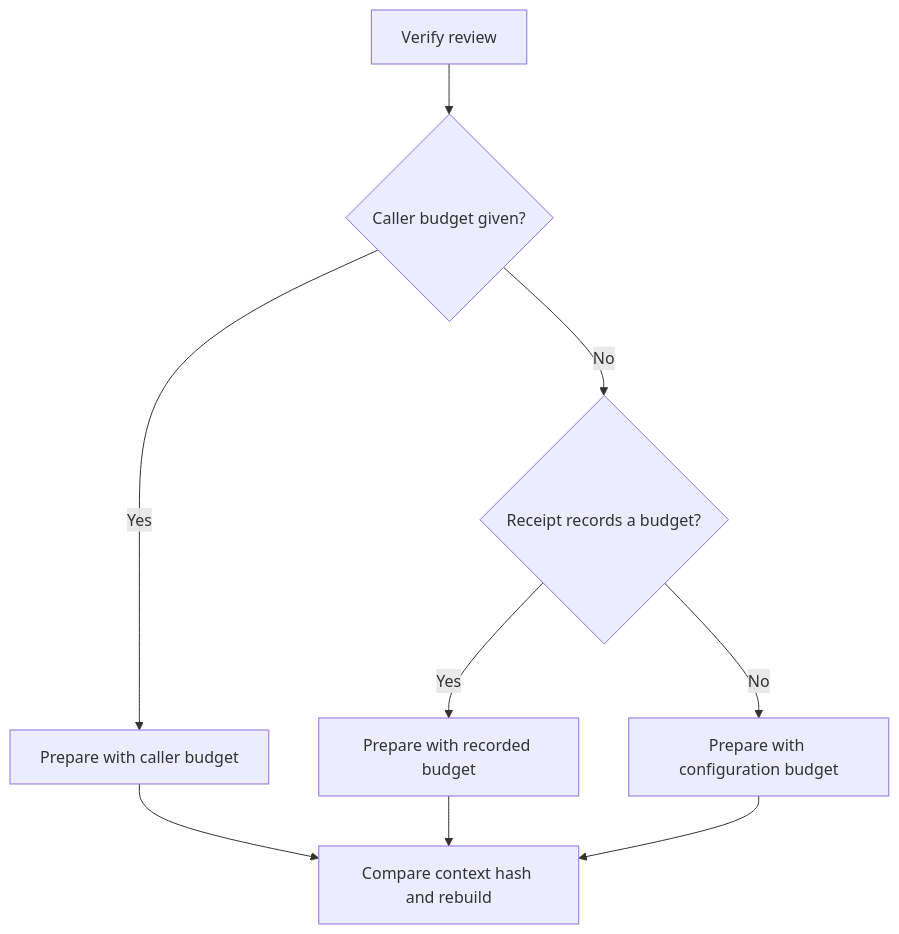
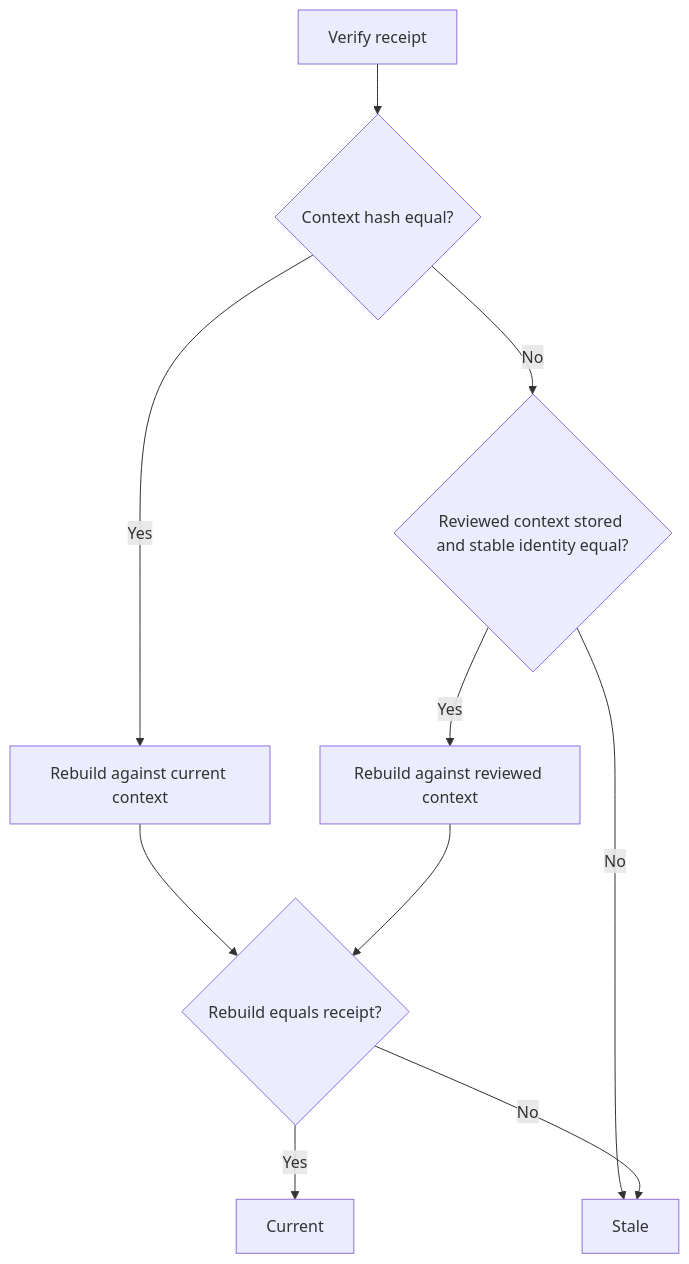
Before and after one commit to julien-m/livespec: the first of 2 diagrams in .specs/features/089-stable-review-identity/spec.md, drawn with Mermaid. The commit also changed other lines of this file and 4 other files, not shown here.

````diff
--- a/.specs/features/089-stable-review-identity/spec.md
+++ b/.specs/features/089-stable-review-identity/spec.md
@@ -50,11 +68,12 @@
 ```mermaid
 flowchart TD
-    A[Verify review] --> B{Caller budget given?}
-    B -- Yes --> C[Prepare with caller budget]
-    B -- No --> D{Receipt records a budget?}
-    D -- Yes --> E[Prepare with recorded budget]
-    D -- No --> F[Prepare with configuration budget]
-    C --> G[Compare context hash and rebuild]
-    E --> G
-    F --> G
+    A[Verify receipt] --> B{Context hash equal?}
+    B -- Yes --> C[Rebuild against current context]
+    B -- No --> D{Reviewed context stored and stable identity equal?}
+    D -- No --> X[Stale]
+    D -- Yes --> E[Rebuild against reviewed context]
+    C --> F{Rebuild equals receipt?}
+    E --> F
+    F -- Yes --> G[Current]
+    F -- No --> X
 ```
````
